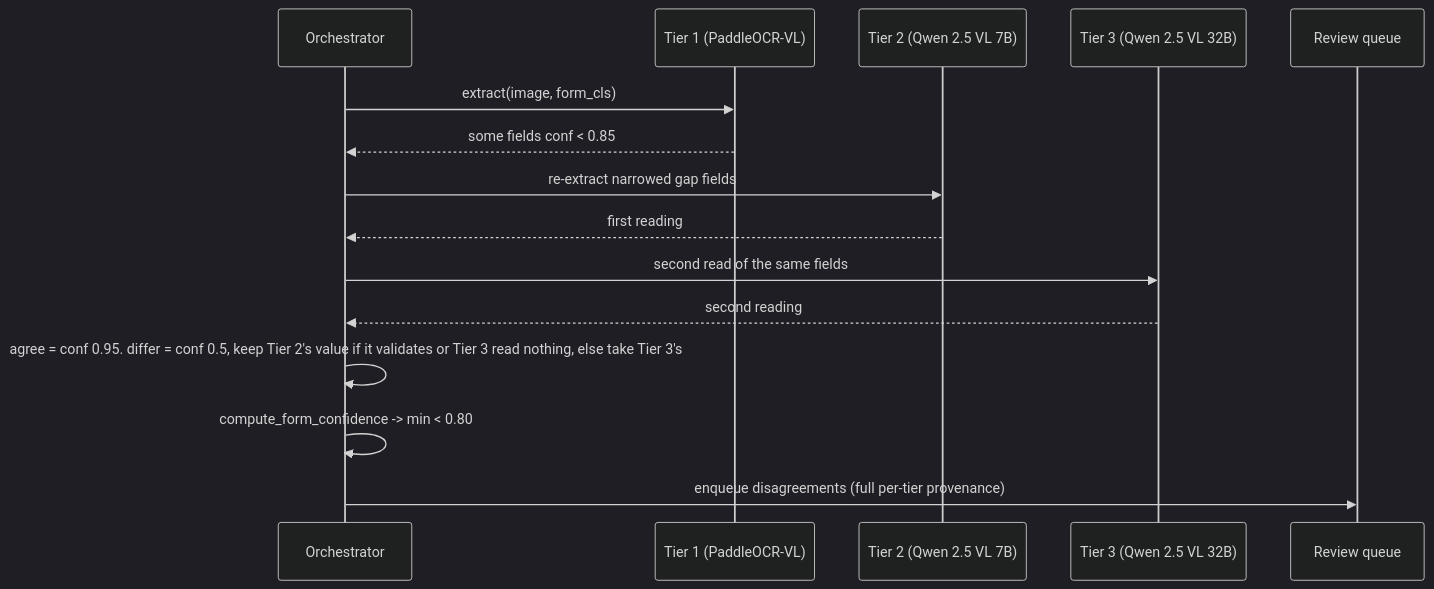
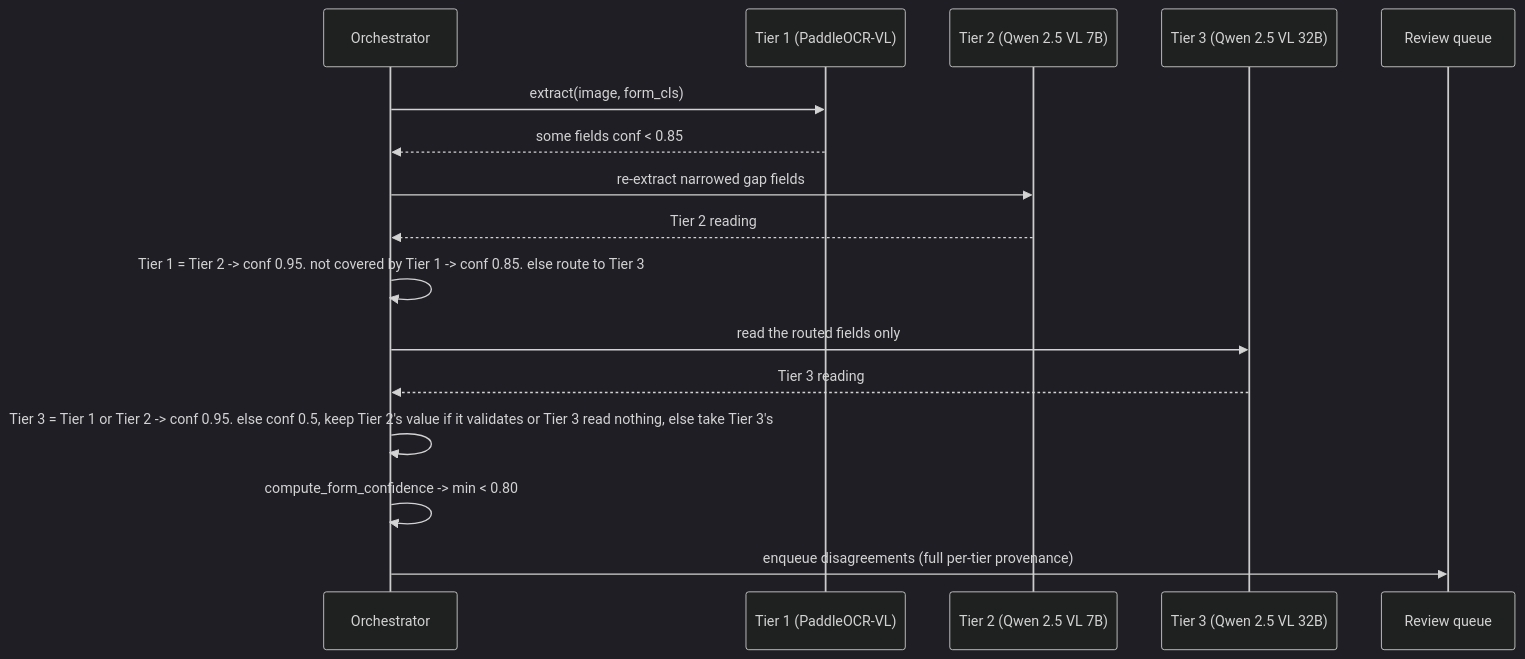
One commit to marky224/intake-form-ai-pipeline changed the second of 2 diagrams in docs/architecture-deep-dive.md. Above: the diagram before and after it, drawn with Mermaid (dark theme). The commit also changed other lines of this file and 22 other files, not shown here.

````diff
--- a/docs/architecture-deep-dive.md
+++ b/docs/architecture-deep-dive.md
@@ -129,17 +129,18 @@
 ```mermaid
 sequenceDiagram
     participant O as Orchestrator
     participant T1 as Tier 1 (PaddleOCR-VL)
     participant T2 as Tier 2 (Qwen 2.5 VL 7B)
     participant T3 as Tier 3 (Qwen 2.5 VL 32B)
     participant Q as Review queue
     O->>T1: extract(image, form_cls)
     T1-->>O: some fields conf < 0.85
     O->>T2: re-extract narrowed gap fields
-    T2-->>O: first reading
-    O->>T3: second read of the same fields
-    T3-->>O: second reading
-    O->>O: agree = conf 0.95. differ = conf 0.5, keep Tier 2's value if it validates or Tier 3 read nothing, else take Tier 3's
+    T2-->>O: Tier 2 reading
+    O->>O: Tier 1 = Tier 2 -> conf 0.95. not covered by Tier 1 -> conf 0.85. else route to Tier 3
+    O->>T3: read the routed fields only
+    T3-->>O: Tier 3 reading
+    O->>O: Tier 3 = Tier 1 or Tier 2 -> conf 0.95. else conf 0.5, keep Tier 2's value if it validates or Tier 3 read nothing, else take Tier 3's
     O->>O: compute_form_confidence -> min < 0.80
     O->>Q: enqueue disagreements (full per-tier provenance)
 ```
````
